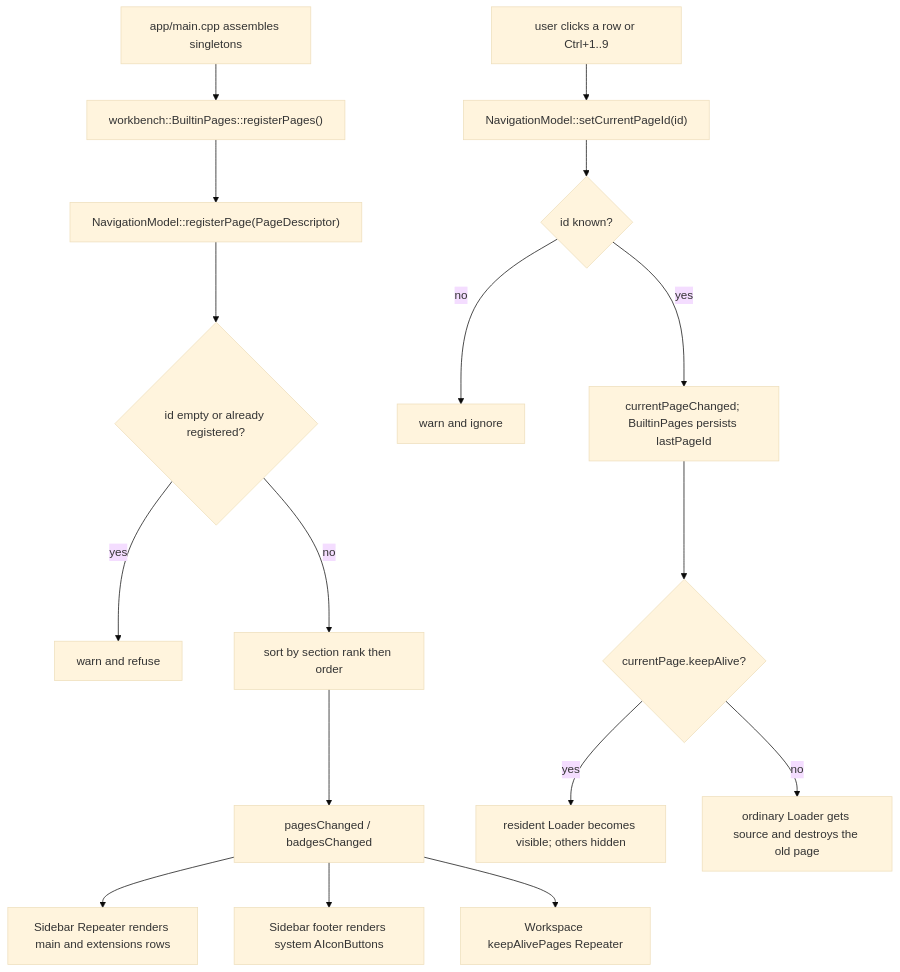
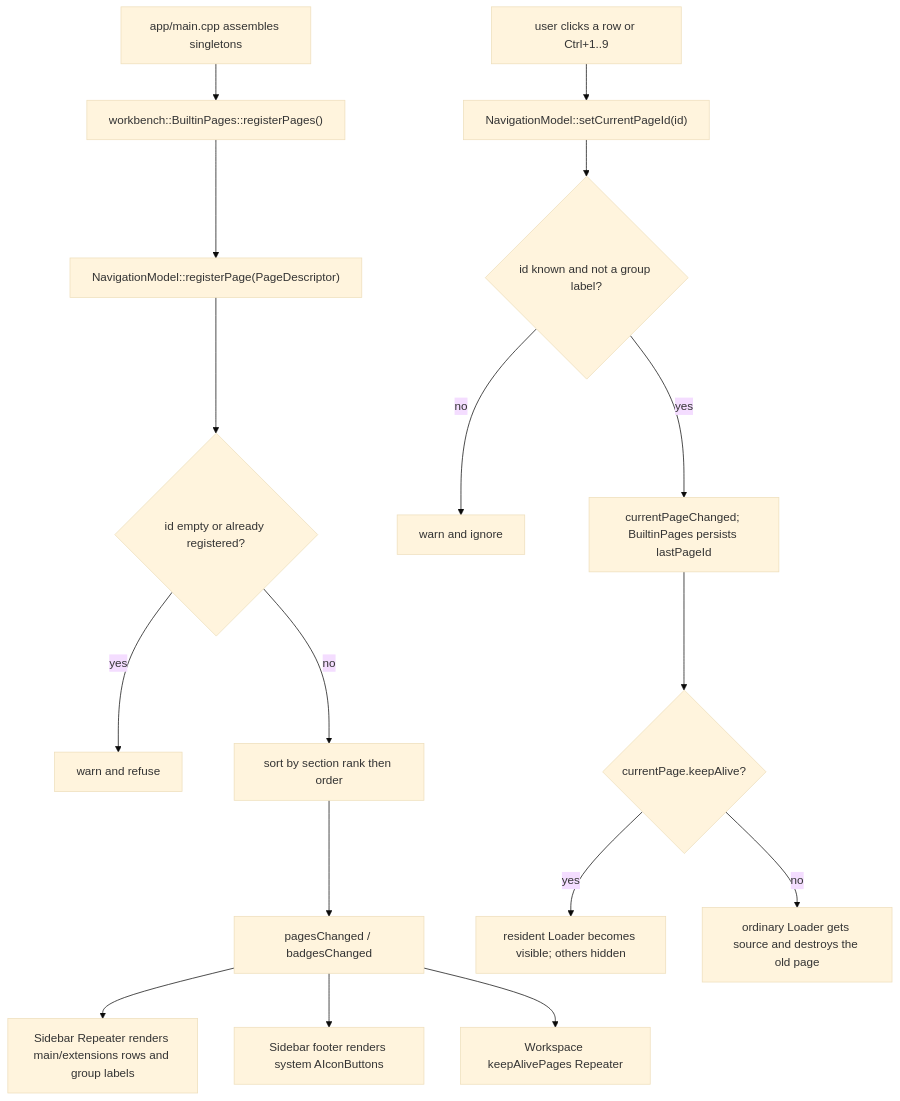
One commit to czyt1988/AgentWorkbench changed the diagram in docs/development/shell-and-navigation.md. Above: the diagram before and after it, drawn with Mermaid (base theme). The commit also changed other lines of this file and 19 other files, not shown here.

First line of the commit message:
docs: the sidebar group label, its reserved second level and the renamed page

````diff
--- a/docs/development/shell-and-navigation.md
+++ b/docs/development/shell-and-navigation.md
@@ -350,19 +390,19 @@
 ```mermaid
 flowchart TD
     A["app/main.cpp assembles singletons"] --> B["workbench::BuiltinPages::registerPages()"]
     B --> C["NavigationModel::registerPage(PageDescriptor)"]
     C --> D{"id empty or already registered?"}
     D -- yes --> E["warn and refuse"]
     D -- no --> F["sort by section rank then order"]
     F --> G["pagesChanged / badgesChanged"]
-    G --> H["Sidebar Repeater renders main and extensions rows"]
+    G --> H["Sidebar Repeater renders main/extensions rows and group labels"]
     G --> I["Sidebar footer renders system AIconButtons"]
     G --> J["Workspace keepAlivePages Repeater"]
     K["user clicks a row or Ctrl+1..9"] --> L["NavigationModel::setCurrentPageId(id)"]
-    L --> M{"id known?"}
+    L --> M{"id known and not a group label?"}
     M -- no --> N["warn and ignore"]
     M -- yes --> O["currentPageChanged; BuiltinPages persists lastPageId"]
     O --> P{"currentPage.keepAlive?"}
     P -- yes --> Q["resident Loader becomes visible; others hidden"]
     P -- no --> R["ordinary Loader gets source and destroys the old page"]
 ```
````
